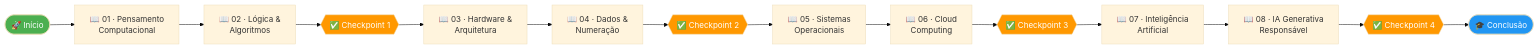
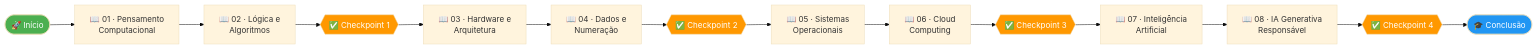
The diagram in README.md (heliobentzen/introducao-computacao), drawn with Mermaid (base theme) before and after one commit. The commit also changed other lines of this file, not shown here.

First line of the commit message:
Fix README readability: complete Conteúdo Programático and fix Mermaid diagram

````diff
--- a/README.md
+++ b/README.md
@@ -22,23 +22,23 @@
 ```mermaid
 flowchart LR
     A([🚀 Início]) --> M01
     M01["📖 01 · Pensamento\nComputacional"] --> M02
-    M02["📖 02 · Lógica &\nAlgoritmos"] --> CP1{{"✅ Checkpoint 1"}}
+    M02["📖 02 · Lógica e\nAlgoritmos"] --> CP1{{"✅ Checkpoint 1"}}
     CP1 --> M03
-    M03["📖 03 · Hardware &\nArquitetura"] --> M04
-    M04["📖 04 · Dados &\nNumeração"] --> CP2{{"✅ Checkpoint 2"}}
+    M03["📖 03 · Hardware e\nArquitetura"] --> M04
+    M04["📖 04 · Dados e\nNumeração"] --> CP2{{"✅ Checkpoint 2"}}
     CP2 --> M05
     M05["📖 05 · Sistemas\nOperacionais"] --> M06
     M06["📖 06 · Cloud\nComputing"] --> CP3{{"✅ Checkpoint 3"}}
     CP3 --> M07
     M07["📖 07 · Inteligência\nArtificial"] --> M08
     M08["📖 08 · IA Generativa\nResponsável"] --> CP4{{"✅ Checkpoint 4"}}
     CP4 --> Z([🎓 Conclusão])
 
     style A fill:#4CAF50,color:#fff
     style Z fill:#2196F3,color:#fff
     style CP1 fill:#FF9800,color:#fff
     style CP2 fill:#FF9800,color:#fff
     style CP3 fill:#FF9800,color:#fff
     style CP4 fill:#FF9800,color:#fff
 ```
````
